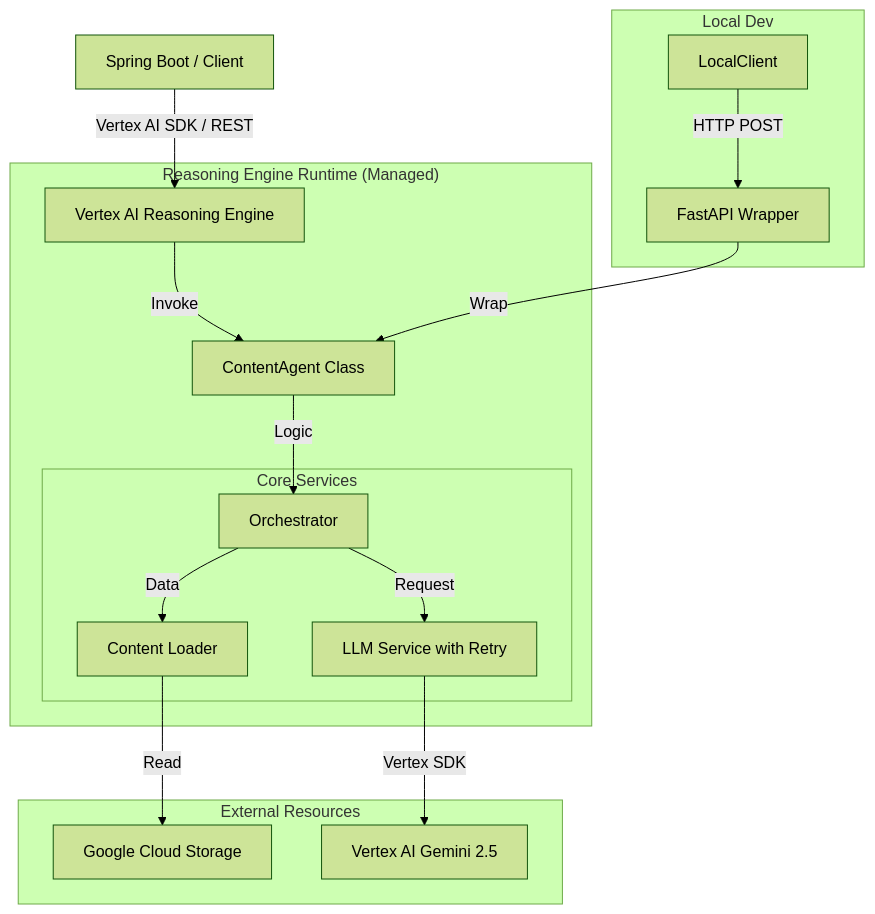
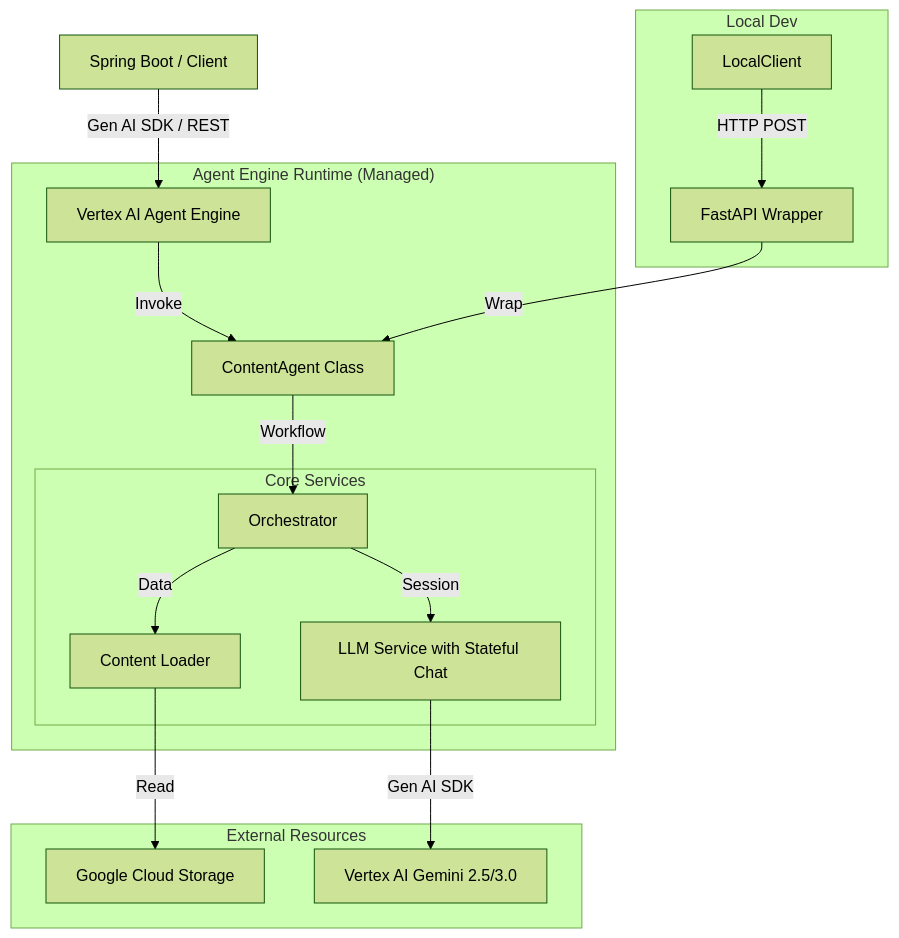
One commit to ParkKunSik/content-ai-agent changed the diagram in documents/architecture.md. Above: the diagram before and after it, drawn with Mermaid (forest theme). The commit also changed other lines of this file and 6 other files, not shown here.

First line of the commit message:
feat: Google GenAI SDK 마이그레이션 및 에러 핸들링 강화

````diff
--- a/documents/architecture.md
+++ b/documents/architecture.md
@@ -14,24 +14,24 @@
 ```mermaid
 graph TD
-    Client[Spring Boot / Client] -- "Vertex AI SDK / REST" --> RE[Vertex AI Reasoning Engine]
+    Client[Spring Boot / Client] -- "Gen AI SDK / REST" --> AE[Vertex AI Agent Engine]
     
-    subgraph "Reasoning Engine Runtime (Managed)"
-        RE -->|Invoke| Agent[ContentAgent Class]
-        Agent -->|Logic| Orch[Orchestrator]
+    subgraph "Agent Engine Runtime (Managed)"
+        AE -->|Invoke| Agent[ContentAgent Class]
+        Agent -->|Workflow| Orch[Orchestrator]
         
         subgraph "Core Services"
-            Orch -->|Request| LLM[LLM Service with Retry]
+            Orch -->|Session| LLM[LLM Service with Stateful Chat]
             Orch -->|Data| Load[Content Loader]
         end
     end
     
     subgraph "External Resources"
         Load -->|Read| GCS[Google Cloud Storage]
-        LLM -->|Vertex SDK| Vertex[Vertex AI Gemini 2.5]
+        LLM -->|Gen AI SDK| Vertex[Vertex AI Gemini 2.5/3.0]
     end
     
     subgraph "Local Dev"
         LocalClient -- "HTTP POST" --> Fast[FastAPI Wrapper]
         Fast -->|Wrap| Agent
     end
 ```
````
